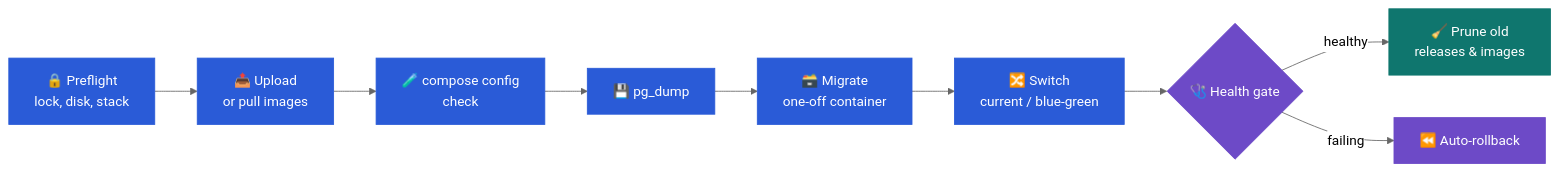
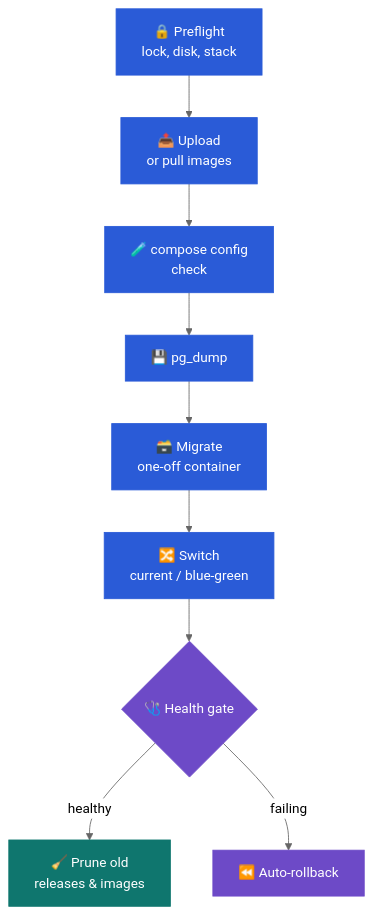
One commit to KielD-01/deploy.me changed the diagram in docs/usage.md. Above: the diagram before and after it, drawn with Mermaid (neutral theme). The commit also changed 2 other files, not shown here.

Commit message:
Give the README's example questions a line each, and draw the deploy flow top to bottom

````diff
--- a/docs/usage.md
+++ b/docs/usage.md
@@ -159,18 +159,18 @@
 ```mermaid
-flowchart LR
+flowchart TB
     A[🔒 Preflight<br/>lock, disk, stack] --> B[📤 Upload<br/>or pull images]
     B --> C[🧪 compose config<br/>check]
     C --> D[💾 pg_dump]
     D --> E[🗃️ Migrate<br/>one-off container]
     E --> F[🔀 Switch<br/>current / blue-green]
     F --> G{🩺 Health gate}
     G -- healthy --> H[🧹 Prune old<br/>releases & images]
     G -- failing --> R[⏪ Auto-rollback]
 
     classDef ok fill:#0f766e,color:#fff,stroke:#0f766e
     classDef step fill:#2a5bd7,color:#fff,stroke:#2a5bd7
     classDef warn fill:#6d4ac7,color:#fff,stroke:#6d4ac7
     class A,B,C,D,E,F step
     class H ok
     class G,R warn
 ```
````
